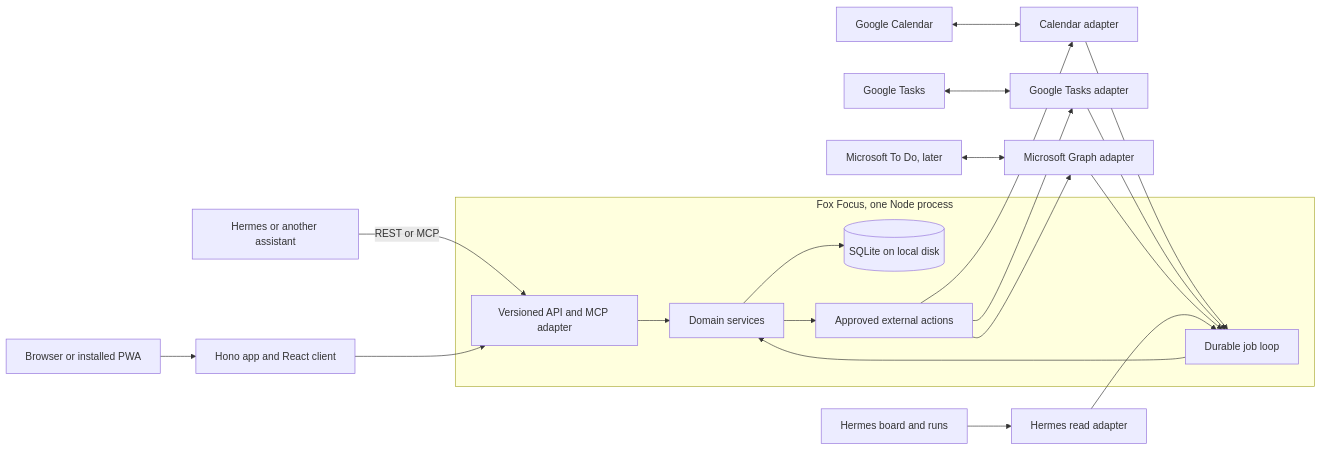
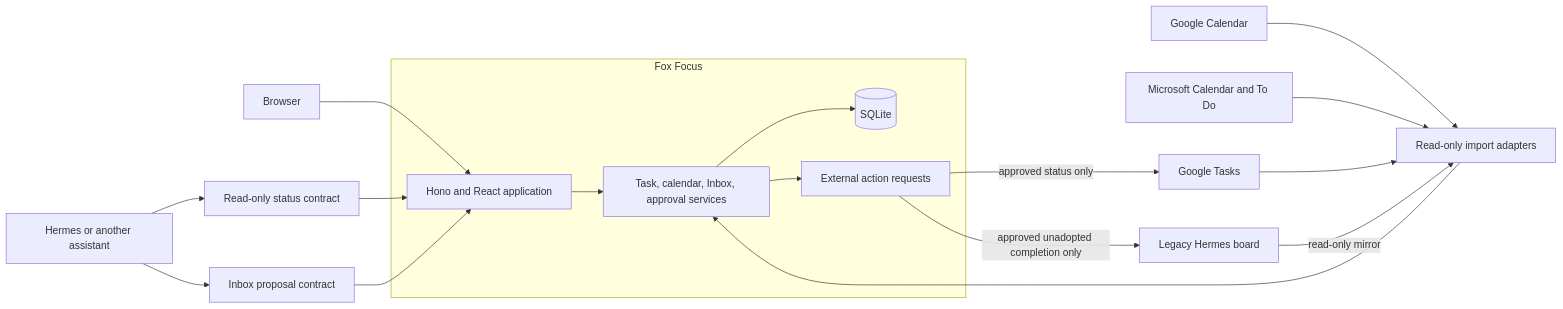
Before and after one commit to semyonfox/fox-focus: the first of 2 diagrams in docs/architecture-plan.md, drawn with Mermaid. The commit also changed other lines of this file and 27 other files, not shown here.

Commit message:
feat: make Fox Focus the native task home

````diff
--- a/docs/architecture-plan.md
+++ b/docs/architecture-plan.md
@@ -91,26 +51,22 @@
 ```mermaid
 flowchart LR
-    browser[Browser or installed PWA] --> web[Hono app and React client]
-    agent[Hermes or another assistant] -->|REST or MCP| api[Versioned API and MCP adapter]
-    web --> api
+    browser[Browser] --> app[Hono and React application]
+    hermes[Hermes or another assistant] --> status[Read-only status contract]
+    hermes --> proposals[Inbox proposal contract]
+    status --> app
+    proposals --> app
 
-    subgraph fox[Fox Focus, one Node process]
-        api --> domain[Domain services]
-        domain --> db[(SQLite on local disk)]
-        jobs[Durable job loop] --> domain
-        domain --> outbox[Approved external actions]
+    subgraph fox[Fox Focus]
+        app --> domain[Task, calendar, Inbox, approval services]
+        domain --> db[(SQLite)]
+        domain --> actions[External action requests]
     end
 
-    googleCalendar[Google Calendar] <--> calendarAdapter[Calendar adapter]
-    googleTasks[Google Tasks] <--> tasksAdapter[Google Tasks adapter]
-    microsoft[Microsoft To Do, later] <--> todoAdapter[Microsoft Graph adapter]
-    hermes[Hermes board and runs] --> hermesAdapter[Hermes read adapter]
-
-    calendarAdapter --> jobs
-    tasksAdapter --> jobs
-    todoAdapter --> jobs
-    hermesAdapter --> jobs
-    outbox --> calendarAdapter
-    outbox --> tasksAdapter
-    outbox --> todoAdapter
+    googleCalendar[Google Calendar] --> imports[Read-only import adapters]
+    microsoft[Microsoft Calendar and To Do] --> imports
+    googleTasks[Google Tasks] --> imports
+    oldHermes[Legacy Hermes board] -->|read-only mirror| imports
+    imports --> domain
+    actions -->|approved status only| googleTasks
+    actions -->|approved unadopted completion only| oldHermes
 ```
````
